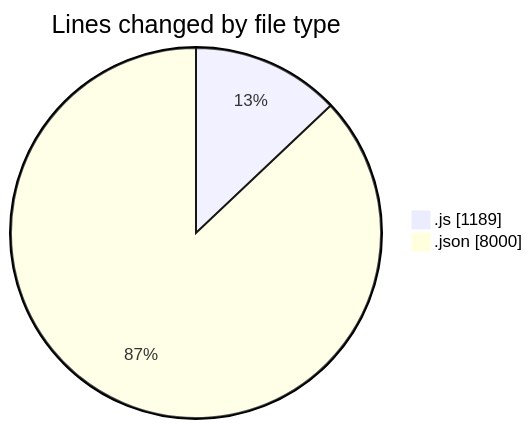
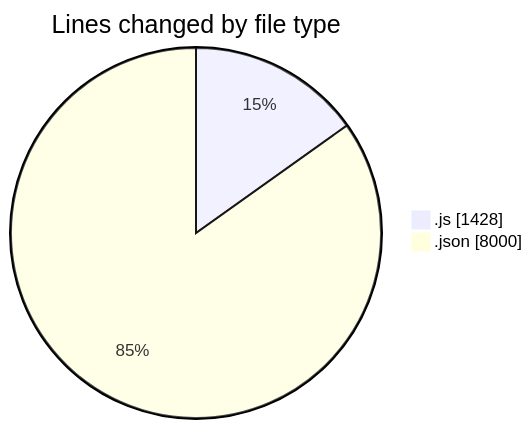
Before and after one commit to momahboobian/code-tracking: the first of 2 diagrams in 2025-01-11/good-pr/README.md, drawn with Mermaid. The commit also changed other lines of this file and 1 other file, not shown here.

````diff
--- a/2025-01-11/good-pr/README.md
+++ b/2025-01-11/good-pr/README.md
@@ -32,6 +34,6 @@
 ```mermaid
 pie showData
 title Lines changed by file type
-".js" : 1189
+".js" : 1428
 ".json" : 8000
 ```
````
